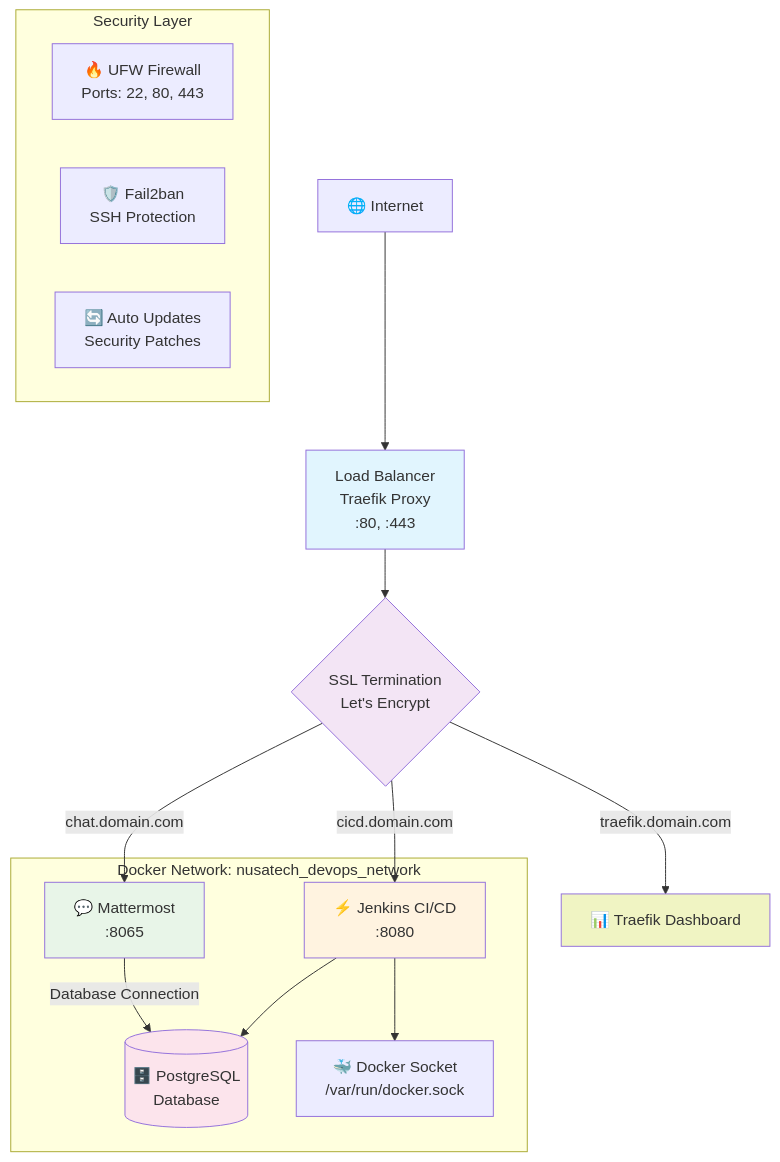
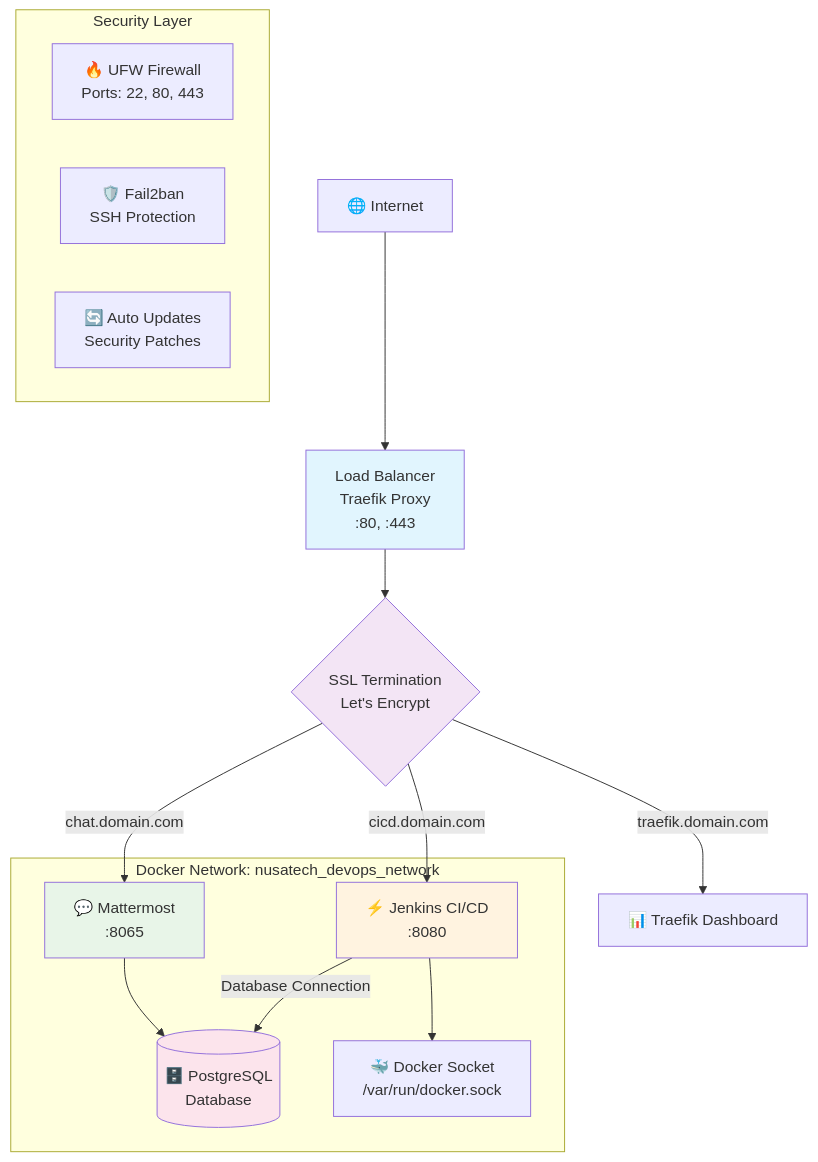
One commit to bayuirsad26/ansible-thesis changed the first of 5 diagrams in README.md. Above: the diagram before and after it, drawn with Mermaid. The commit also changed other lines of this file and 6 other files, not shown here.

````diff
--- a/README.md
+++ b/README.md
@@ -30,29 +24,29 @@
 ```mermaid
 graph TB
-    subgraph "Security Layer"
-        UFW[🔥 UFW Firewall<br/>Ports: 22, 80, 443]
-        Fail2ban[🛡️ Fail2ban<br/>SSH Protection]  
-        AutoUpdate[🔄 Auto Updates<br/>Security Patches]
-    end
-    
     Internet[🌐 Internet] --> LB[Load Balancer<br/>Traefik Proxy<br/>:80, :443]
     
     LB --> SSL{SSL Termination<br/>Let's Encrypt}
     
+    SSL --> |traefik.domain.com| Dashboard[📊 Traefik Dashboard]
+    SSL --> |cicd.domain.com| Jenkins[⚡ Jenkins CI/CD<br/>:8080]
     SSL --> |chat.domain.com| Mattermost[💬 Mattermost<br/>:8065]
-    SSL --> |cicd.domain.com| Jenkins[⚡ Jenkins CI/CD<br/>:8080]
-    SSL --> |traefik.domain.com| Dashboard[📊 Traefik Dashboard]
     
     subgraph "Docker Network: nusatech_devops_network"
-        Mattermost --> |Database Connection| PostgreSQL[(🗄️ PostgreSQL<br/>Database)]
-        Jenkins --> PostgreSQL
-        Jenkins --> DockerSocket[🐳 Docker Socket<br/>/var/run/docker.sock]
+        Jenkins --> |Database Connection| PostgreSQL[(🗄️ PostgreSQL<br/>Database)]
+        Mattermost --> PostgreSQL
+        
+        Jenkins --> Docker[🐳 Docker Socket<br/>/var/run/docker.sock]
+    end
+    
+    subgraph "Security Layer"
+        UFW[🔥 UFW Firewall<br/>Ports: 22, 80, 443]
+        Fail2ban[🛡️ Fail2ban<br/>SSH Protection]
+        AutoUpdate[🔄 Auto Updates<br/>Security Patches]
     end
     
     style LB fill:#e1f5fe
     style SSL fill:#f3e5f5
     style Jenkins fill:#fff3e0
     style Mattermost fill:#e8f5e8
     style PostgreSQL fill:#fce4ec
-    style Dashboard fill:#f0f4c3
 ```
````
